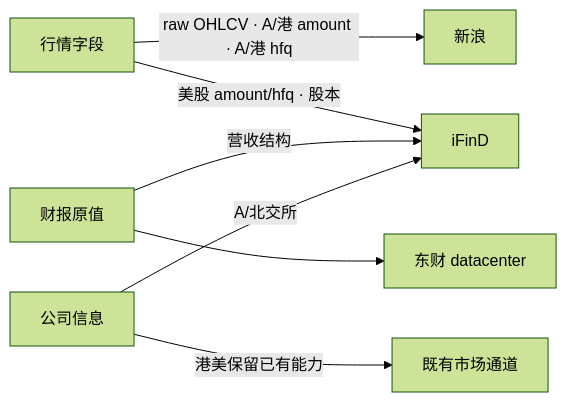
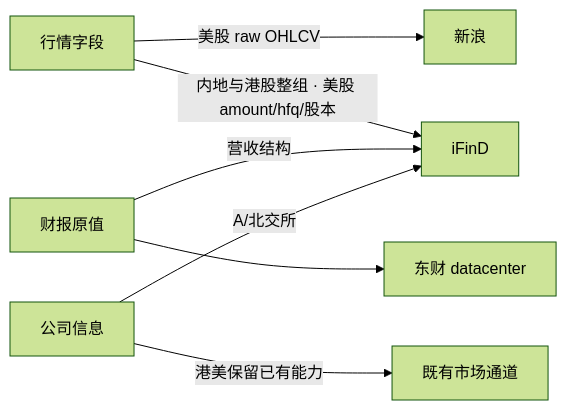
The first of 4 diagrams in docs/market-data架构设计.md (alone-tree/Ashare-announcements-MCP), drawn with Mermaid (forest theme) before and after one commit. The commit also changed other lines of this file and 18 other files, not shown here.

````diff
--- a/docs/market-data架构设计.md
+++ b/docs/market-data架构设计.md
@@ -85,9 +85,9 @@
 ```mermaid
 flowchart LR
-    Q["行情字段"] -->|"raw OHLCV · A/港 amount · A/港 hfq"| S["新浪"]
-    Q -->|"美股 amount/hfq · 股本"| I["iFinD"]
+    Q["行情字段"] -->|"美股 raw OHLCV"| S["新浪"]
+    Q -->|"内地与港股整组 · 美股 amount/hfq/股本"| I["iFinD"]
     F["财报原值"] --> E["东财 datacenter"]
     F -->|"营收结构"| I
     M["公司信息"] -->|"A/北交所"| I
     M -->|"港美保留已有能力"| N["既有市场通道"]
 ```
````
